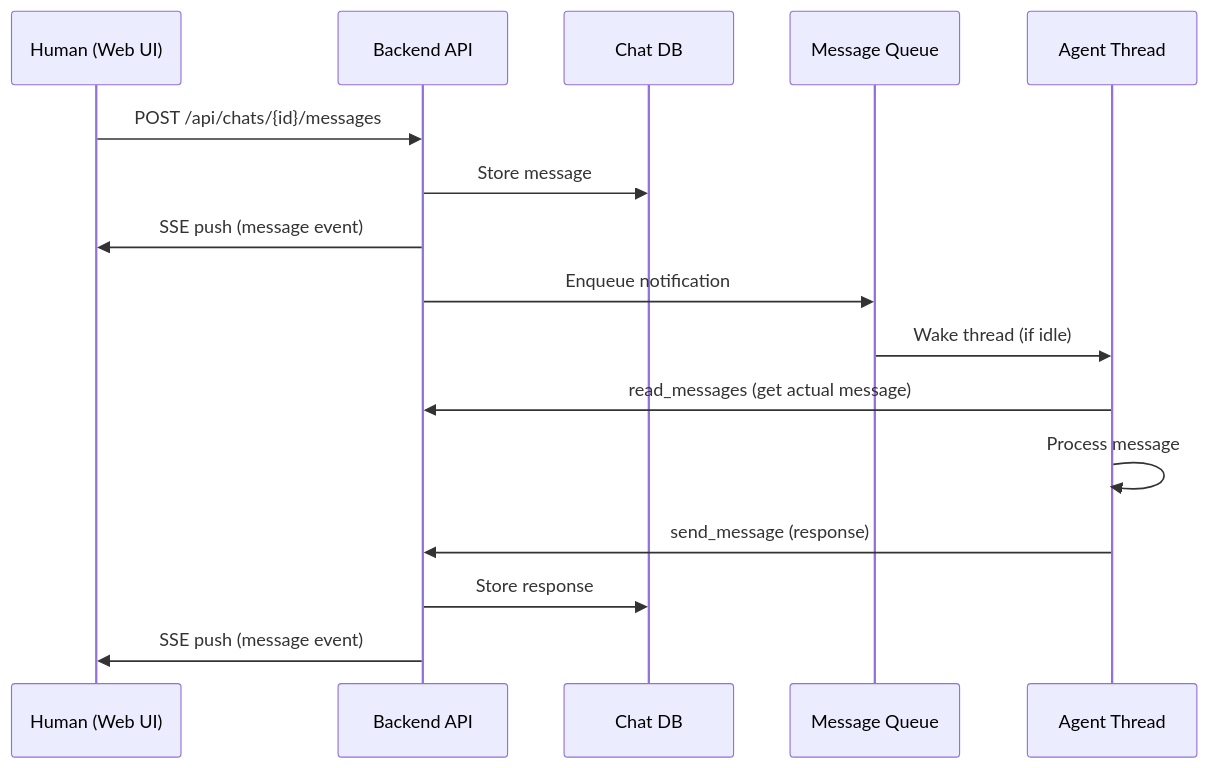
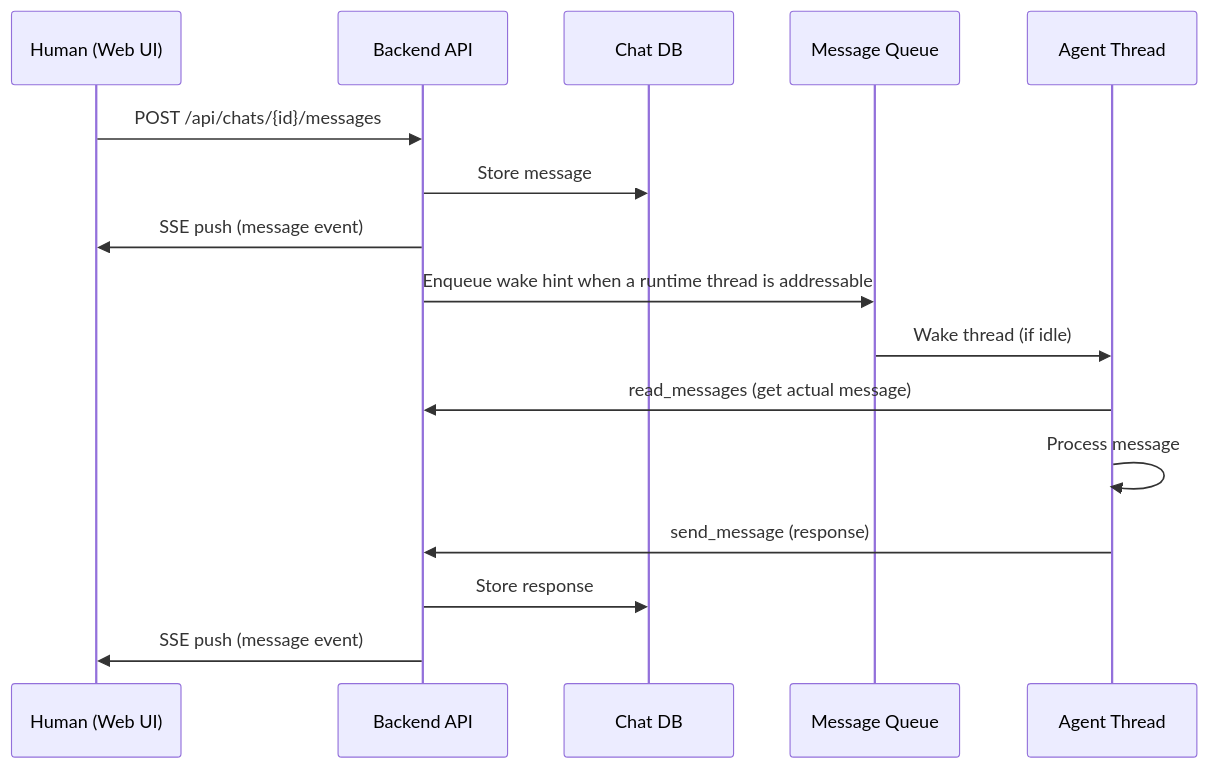
Before and after one commit to OpenDCAI/Mycel: the second of 2 diagrams in docs/en/multi-agent-chat.mdx, drawn with Mermaid. The commit also changed other lines of this file and 3 other files, not shown here.

First line of the commit message:
docs: clarify chat wake without runtime thread

````diff
--- a/docs/en/multi-agent-chat.mdx
+++ b/docs/en/multi-agent-chat.mdx
@@ -105,19 +106,19 @@
 ```mermaid
 sequenceDiagram
     participant H as Human (Web UI)
     participant API as Backend API
     participant DB as Chat DB
     participant Q as Message Queue
     participant T as Agent Thread
 
     H->>API: POST /api/chats/{id}/messages
     API->>DB: Store message
     API->>H: SSE push (message event)
-    API->>Q: Enqueue notification
+    API->>Q: Enqueue wake hint when a runtime thread is addressable
     Q->>T: Wake thread (if idle)
     T->>API: read_messages (get actual message)
     T->>T: Process message
     T->>API: send_message (response)
     API->>DB: Store response
     API->>H: SSE push (message event)
 ```
````
